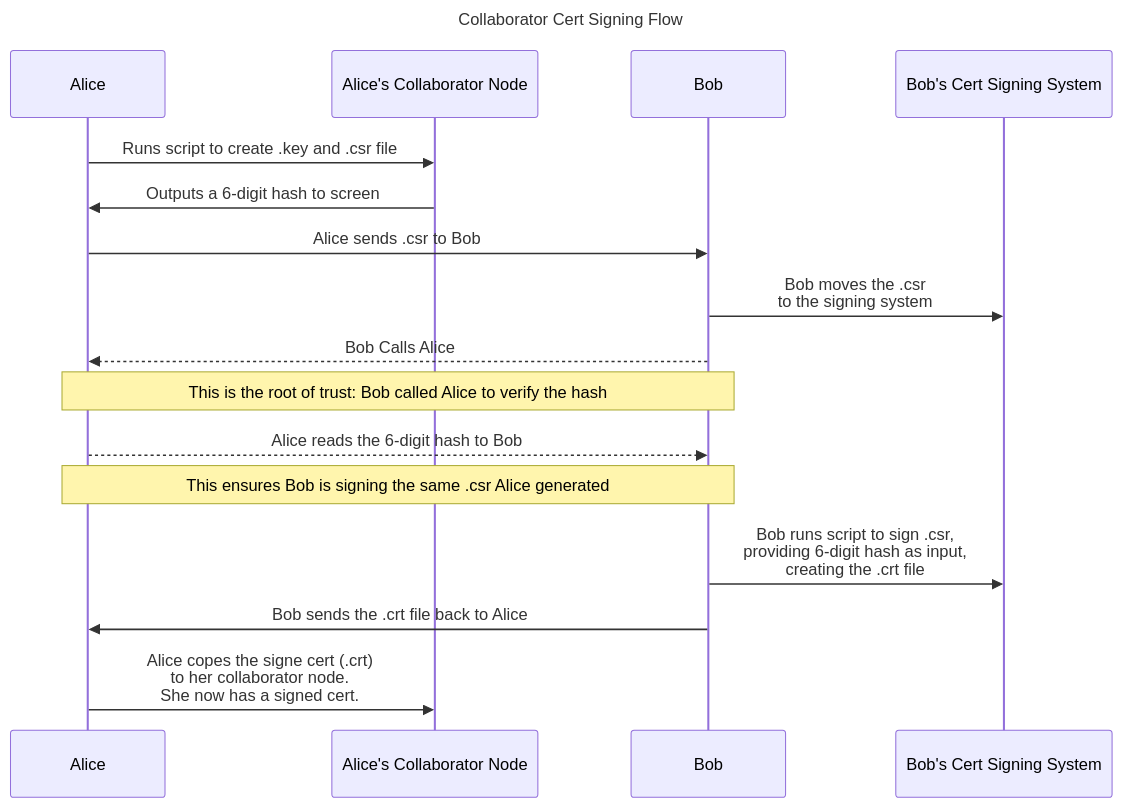
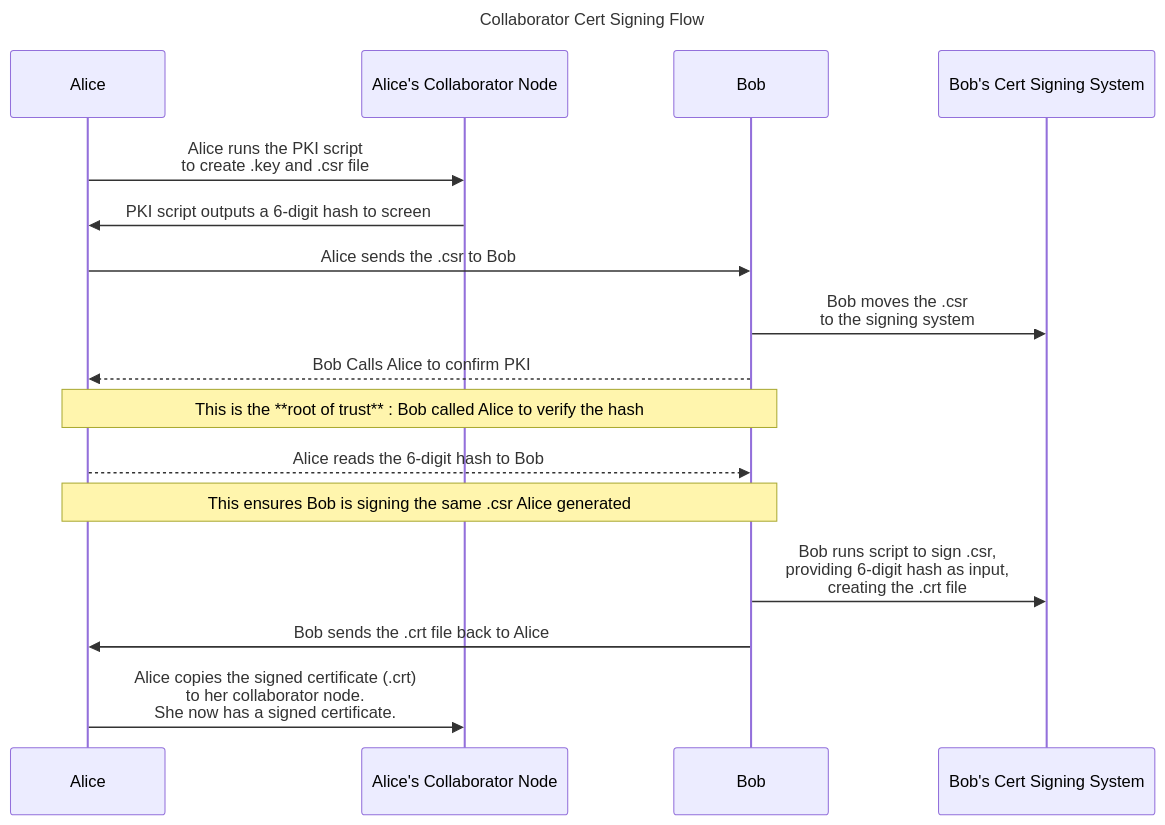
The diagram in docs/mermaid/CSR signing.md (psfoley/openfl), drawn with Mermaid before and after one commit.

Commit message:
Update CSR signing.md

````diff
--- a/docs/mermaid/CSR signing.md
+++ b/docs/mermaid/CSR signing.md
@@ -1,20 +1,20 @@
 ```mermaid
 sequenceDiagram
 Title: Collaborator Cert Signing Flow 
   participant A as Alice
   participant AC as Alice's Collaborator Node
   participant B as Bob
   participant BG as Bob's Cert Signing System
-  A->>AC: Runs script to create .key and .csr file
-  AC->>A: Outputs a 6-digit hash to screen
-  A->>B: Alice sends .csr to Bob
+  A->>AC: Alice runs the PKI script<br>to create .key and .csr file
+  AC->>A: PKI script outputs a 6-digit hash to screen
+  A->>B: Alice sends the .csr to Bob
   B->>BG: Bob moves the .csr<br/> to the signing system
-  B-->>A: Bob Calls Alice
-  Note over A,B: This is the root of trust: Bob called Alice to verify the hash 
+  B-->>A: Bob Calls Alice to confirm PKI
+  Note over A,B: This is the **root of trust** : Bob called Alice to verify the hash 
   A-->>B: Alice reads the 6-digit hash to Bob
   Note over A,B: This ensures Bob is signing the same .csr Alice generated
   B->>BG: Bob runs script to sign .csr,<br/> providing 6-digit hash as input,<br/> creating the .crt file
   B->>A: Bob sends the .crt file back to Alice
-  A->>AC: Alice copes the signe cert (.crt)<br/>to her collaborator node.<br/>She now has a signed cert.
+  A->>AC: Alice copies the signed certificate (.crt)<br/>to her collaborator node.<br/>She now has a signed certificate.
   
 ```
````
